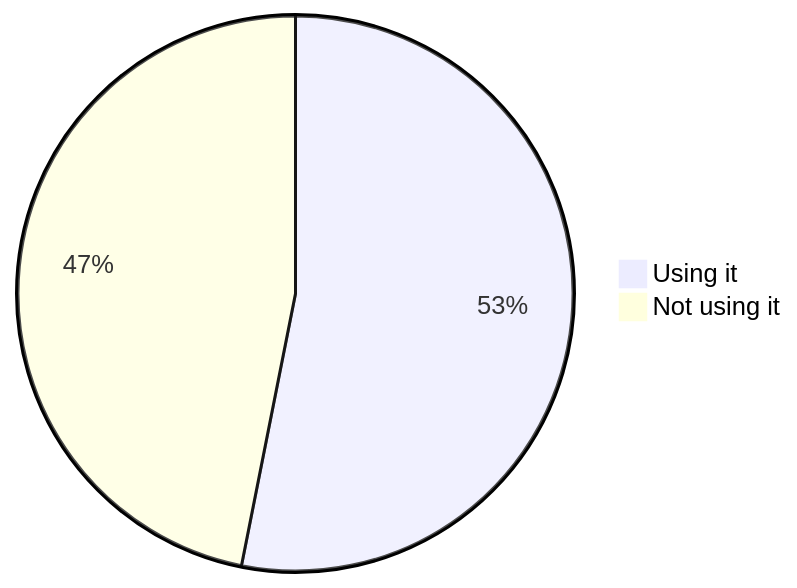
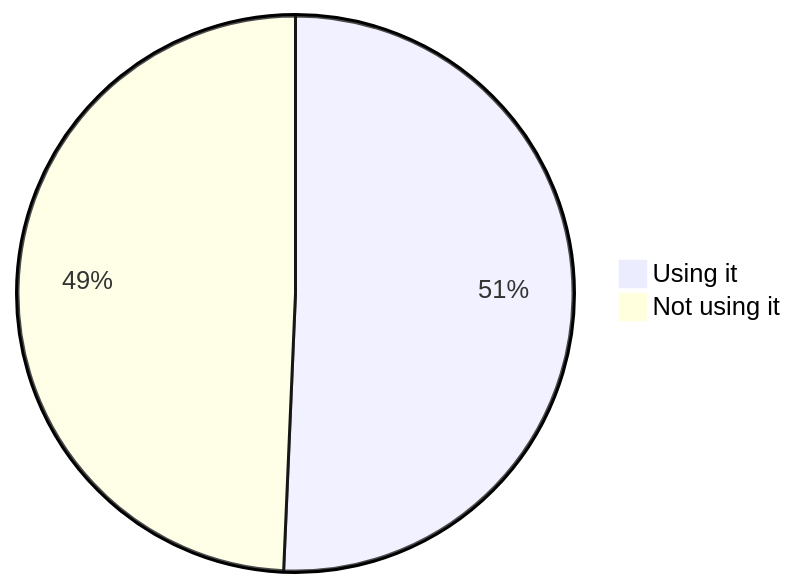
Before and after one commit to oshp/oshp-stats: the second of 22 diagrams in stats.md, drawn with Mermaid. The commit also changed other lines of this file, not shown here.

````diff
--- a/stats.md
+++ b/stats.md
@@ -22,6 +22,6 @@
 ```mermaid
 pie
-	"Using it" : 53.12
-	"Not using it" : 46.88
+	"Using it" : 50.68
+	"Not using it" : 49.32
 
 ```
````
